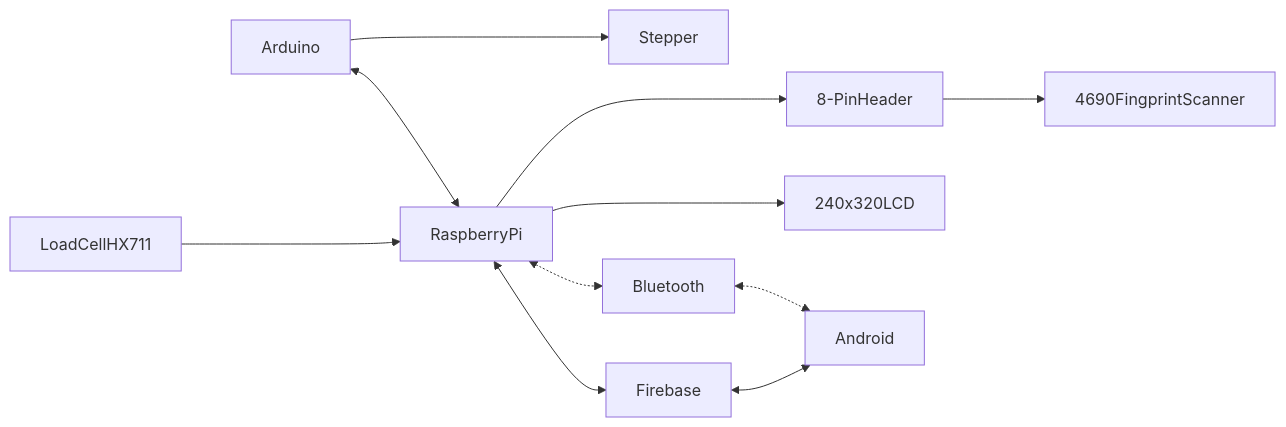
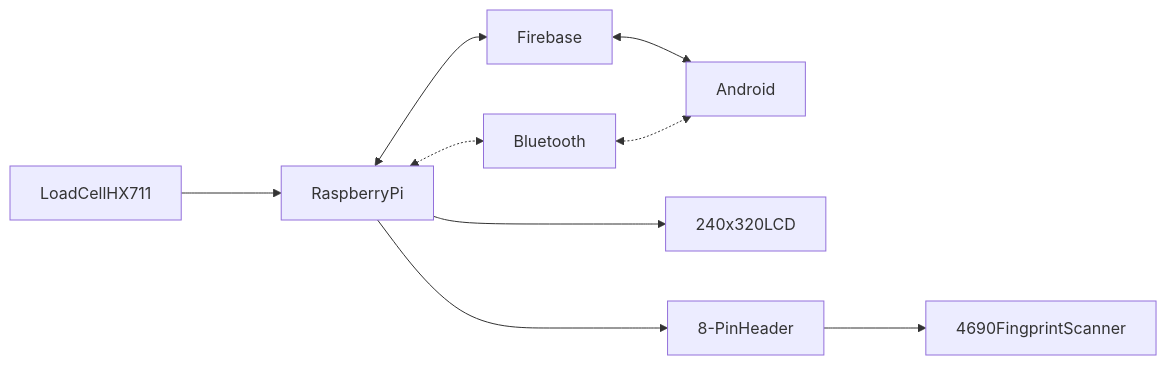
The diagram in system/wk01proposal.md (ChristopherGarcia1506/SiteSync), drawn with Mermaid before and after one commit.

````diff
--- a/system/wk01proposal.md
+++ b/system/wk01proposal.md
@@ -109,4 +109,4 @@
 ```mermaid
 flowchart LR;RaspberryPi<-->Firebase;Firebase<-->Android;
-RaspberryPi<-.->Bluetooth;Bluetooth<-.->Android;Arduino<-->RaspberryPi;Arduino--->Stepper; LoadCellHX711--->RaspberryPi; RaspberryPi--->240x320LCD;RaspberryPi--->8-PinHeader; 8-PinHeader--->4690FingprintScanner;
+RaspberryPi<-.->Bluetooth;Bluetooth<-.->Android; LoadCellHX711--->RaspberryPi; RaspberryPi--->240x320LCD;RaspberryPi--->8-PinHeader; 8-PinHeader--->4690FingprintScanner;
 ```
````
